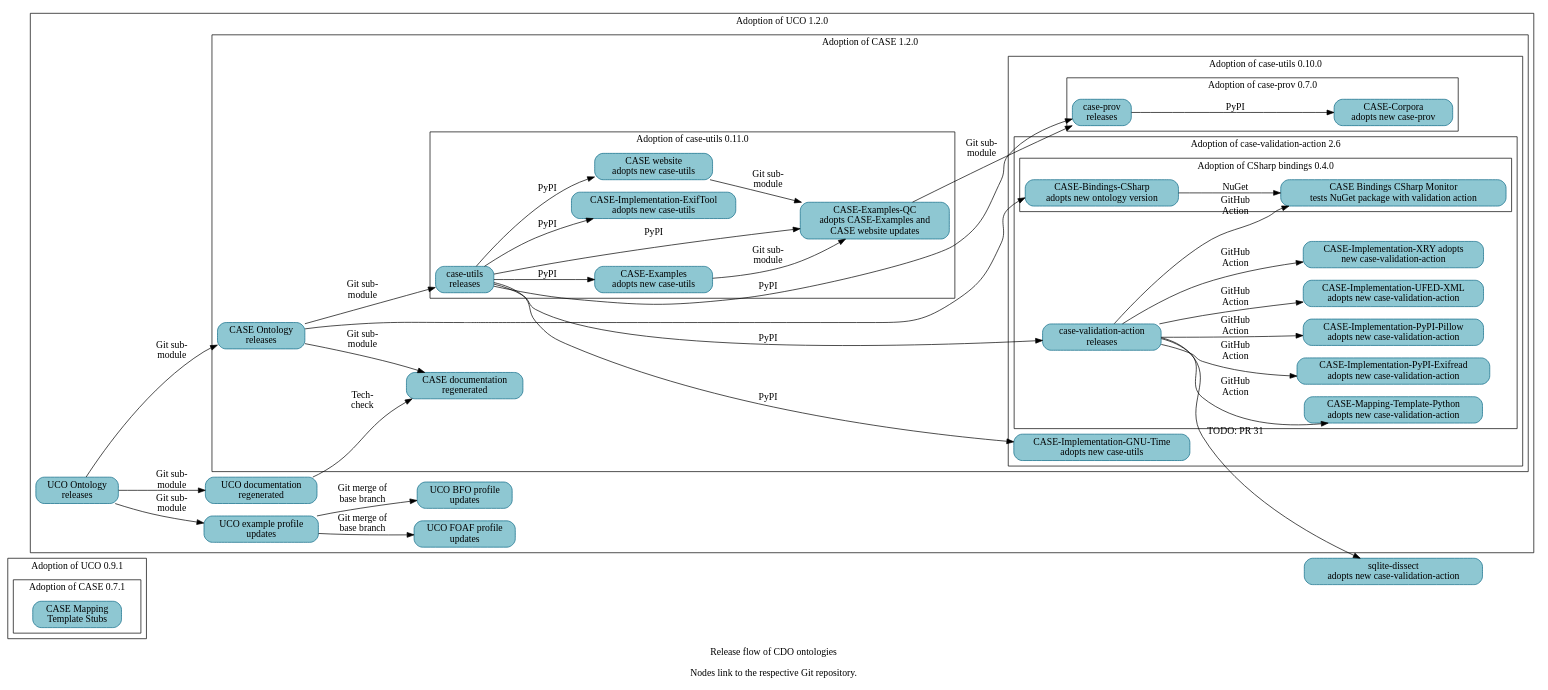
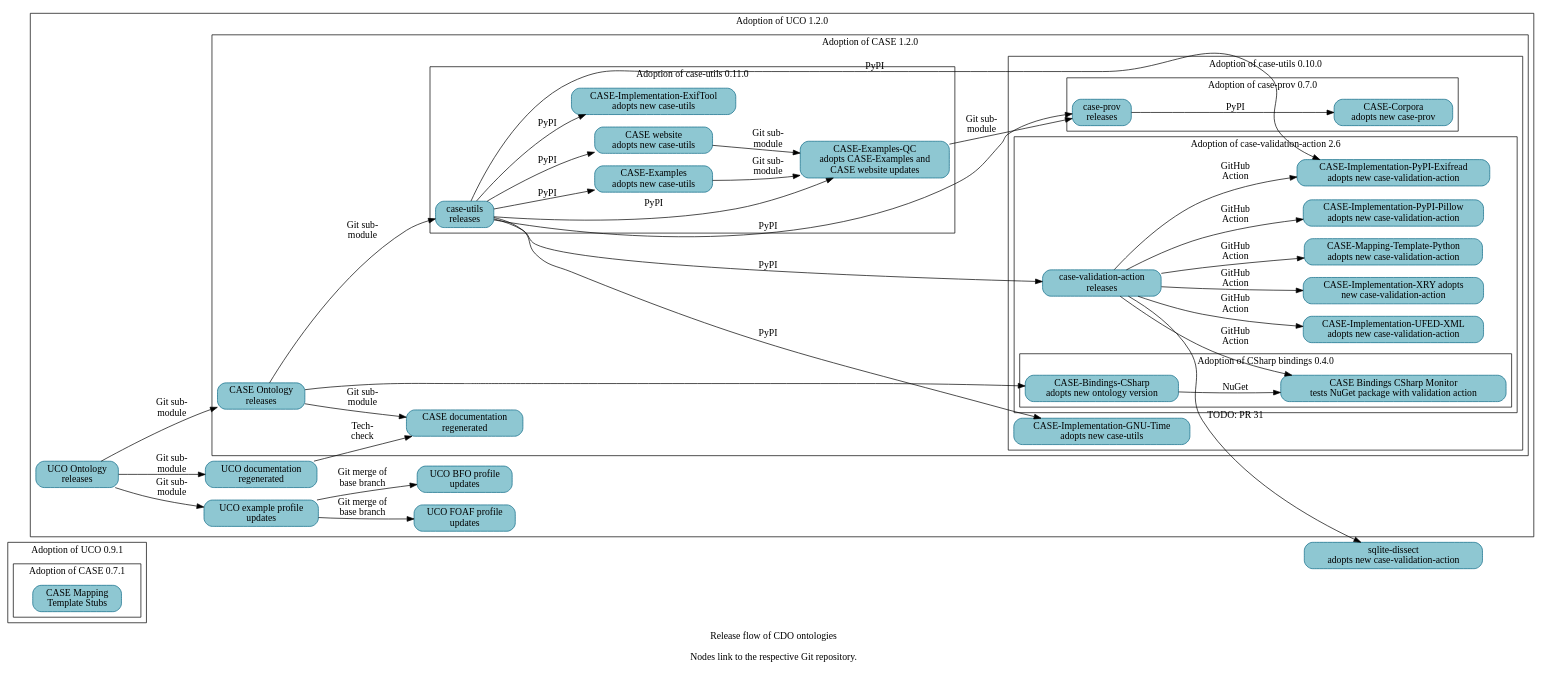
The diagram in resources/project_release_flow.dot (Cyber-Domain-Ontology/cdo.github.io), drawn with Graphviz before and after one commit.

Commit message:
Note dual dependency of CASE-Implementation-PyPI-Exifread
A follow-on patch will regenerate Make-managed files.

```diff
--- a/resources/project_release_flow.dot
+++ b/resources/project_release_flow.dot
@@ -1,107 +1,108 @@
 digraph "cdo_release_flow" {
   label = "Release flow of CDO ontologies\n\nNodes link to the respective Git repository." ;
   rankdir = "LR" ;
   node [shape="rectangle" style="filled,rounded" fillcolor="#8EC7D2" color="#0D6986"] ;
 
 
   // Define nodes in their corresponding progress subgraph.
 
   subgraph cluster_uco_0_9_1 {
     label = "Adoption of UCO 0.9.1" ;
 
     subgraph cluster_case_0_7_1 {
       label = "Adoption of CASE 0.7.1" ;
       _GH__CASEWORK__CASE_MAPPING_TEMPLATE_STUBS [URL="https://github.com/casework/CASE-Mapping-Template-Stubs" label="CASE Mapping\nTemplate Stubs"] ;
     }
   }
 
   subgraph cluster_uco_1_2_0 {
     label = "Adoption of UCO 1.2.0" ;
 
     _GH__UCOPROJECT__ONTOLOGY_UNIFIEDCYBERONTOLOGY_ORG [URL="https://github.com/ucoProject/ontology.unifiedcyberontology.org" label="UCO documentation\nregenerated"] ;
     _GH__UCOPROJECT__UCO [URL="https://github.com/ucoProject/UCO" label="UCO Ontology\nreleases"] ;
     _GH__UCOPROJECT__UCO_PROFILE_BFO [URL="https://github.com/ucoProject/UCO-Profile-BFO" label="UCO BFO profile\nupdates"] ;
     _GH__UCOPROJECT__UCO_PROFILE_EXAMPLE [URL="https://github.com/ucoProject/UCO-Profile-Example" label="UCO example profile\nupdates"] ;
     _GH__UCOPROJECT__UCO_PROFILE_FOAF [URL="https://github.com/ucoProject/UCO-Profile-FOAF" label="UCO FOAF profile\nupdates"] ;
 
     subgraph cluster_case_1_2_0 {
       label = "Adoption of CASE 1.2.0" ;
 
       _GH__CASEWORK__CASE [URL="https://github.com/casework/CASE" label="CASE Ontology\nreleases"] ;
       _GH__CASEWORK__ONTOLOGY_CASEONTOLOGY_ORG [URL="https://github.com/casework/ontology.caseontology.org" label="CASE documentation\nregenerated"] ;
 
       subgraph cluster_case_utils_0_10_0 {
         label = "Adoption of case-utils 0.10.0" ;
 
         _GH__CASEWORK__CASE_IMPLEMENTATON_GNU_TIME [URL="https://github.com/casework/CASE-Implementation-GNU-Time" label="CASE-Implementation-GNU-Time\nadopts new case-utils"] ;
 
         subgraph cluster_case_prov_0_7_0 {
           label = "Adoption of case-prov 0.7.0" ;
 
           _GH__CASEWORK__CASE_CORPORA [URL="https://github.com/casework/CASE-Corpora" label="CASE-Corpora\nadopts new case-prov"] ;
           _GH__CASEWORK__CASE_IMPLEMENTATON_PROV_O [URL="https://github.com/casework/CASE-Implementation-PROV-O" label="case-prov\nreleases"] ;
         }
         subgraph cluster_case_validation_action_2_6 {
           label = "Adoption of case-validation-action 2.6" ;
 
           _GH__CASEWORK__CASE_IMPLEMENTATON_PYPI_EXIFREAD [URL="https://github.com/casework/CASE-Implementation-PyPI-Exifread" label="CASE-Implementation-PyPI-Exifread\nadopts new case-validation-action"] ;
           _GH__CASEWORK__CASE_IMPLEMENTATON_PYPI_PILLOW [URL="https://github.com/casework/CASE-Implementation-PyPI-Pillow" label="CASE-Implementation-PyPI-Pillow\nadopts new case-validation-action"] ;
           _GH__CASEWORK__CASE_IMPLEMENTATON_UFED_XML [URL="https://github.com/casework/CASE-Implementation-UFED-XML" label="CASE-Implementation-UFED-XML\nadopts new case-validation-action"] ;
           _GH__CASEWORK__CASE_IMPLEMENTATON_XRY [URL="https://github.com/casework/CASE-Implementation-XRY" label="CASE-Implementation-XRY adopts\nnew case-validation-action"] ;
           _GH__CASEWORK__CASE_MAPPING_TEMPLATE_PYTHON [URL="https://github.com/casework/CASE-Mapping-Template-Python" label="CASE-Mapping-Template-Python\nadopts new case-validation-action"] ;
           _GH__KCHASON__CASE_VALIDATION_ACTION [URL="https://github.com/kchason/case-validation-action" label="case-validation-action\nreleases"] ;
 
           subgraph cluster_case_bindings_csharp_0_4_0 {
             label = "Adoption of CSharp bindings 0.4.0" ;
 
             _GH__CASEWORK__CASE_BINDINGS_CSHARP_MONITOR [URL="https://github.com/casework/CASE-Bindings-CSharp-Monitor" label="CASE Bindings CSharp Monitor\ntests NuGet package with validation action"] ;
             _GH__CIPHERTECHSOLUTIONS__CASE_BINDINGS_CSHARP [URL="https://github.com/ciphertechsolutions/CASE-Bindings-CSharp" label="CASE-Bindings-CSharp\nadopts new ontology version"]
           }
         }
       }
 
       subgraph cluster_case_utils_0_11_0 {
         label = "Adoption of case-utils 0.11.0" ;
 
         _GH__AJNELSON_NIST__CASE_EXAMPLES_QC [URL="https://github.com/ajnelson-nist/CASE-Examples-QC" label="CASE-Examples-QC\nadopts CASE-Examples and\nCASE website updates"] ;
         _GH__CASEWORK__CASE_EXAMPLES [URL="https://github.com/casework/CASE-Examples" label="CASE-Examples\nadopts new case-utils"] ;
         _GH__CASEWORK__CASE_IMPLEMENTATON_EXIFTOOL [URL="https://github.com/casework/CASE-Implementation-ExifTool" label="CASE-Implementation-ExifTool\nadopts new case-utils"] ;
         _GH__CASEWORK__CASE_UTILITIES_PYTHON [URL="https://github.com/casework/CASE-Utilities-Python" label="case-utils\nreleases"] ;
         _GH__CASEWORK__CASEWORK_GITHUB_IO [URL="https://github.com/casework/casework.github.io" label="CASE website\nadopts new case-utils"] ;
       }
     }
   }
 
   _GH__DOD_CYBER_CRIME_CENTER__SQLITE_DISSECT [URL="https://github.com/dod-cyber-crime-center/sqlite-dissect" label="sqlite-dissect\nadopts new case-validation-action"] ;
 
   // Begin edges
 
   _GH__AJNELSON_NIST__CASE_EXAMPLES_QC -> _GH__CASEWORK__CASE_IMPLEMENTATON_PROV_O [label="Git sub-\nmodule"] ;
   _GH__CASEWORK__CASE -> _GH__CASEWORK__CASE_UTILITIES_PYTHON [label="Git sub-\nmodule"] ;
   _GH__CASEWORK__CASE -> _GH__CIPHERTECHSOLUTIONS__CASE_BINDINGS_CSHARP ;
   _GH__CASEWORK__CASE -> _GH__CASEWORK__ONTOLOGY_CASEONTOLOGY_ORG [label="Git sub-\nmodule"] ; 
   _GH__CASEWORK__CASE_EXAMPLES -> _GH__AJNELSON_NIST__CASE_EXAMPLES_QC [label="Git sub-\nmodule"] ;
   _GH__CASEWORK__CASE_IMPLEMENTATON_PROV_O -> _GH__CASEWORK__CASE_CORPORA [label="PyPI"] ;
   _GH__CASEWORK__CASE_UTILITIES_PYTHON -> _GH__AJNELSON_NIST__CASE_EXAMPLES_QC [label="PyPI"] ;
   _GH__CASEWORK__CASE_UTILITIES_PYTHON -> _GH__CASEWORK__CASE_EXAMPLES [label="PyPI"] ;
   _GH__CASEWORK__CASE_UTILITIES_PYTHON -> _GH__CASEWORK__CASE_IMPLEMENTATON_EXIFTOOL [label="PyPI"] ;
   _GH__CASEWORK__CASE_UTILITIES_PYTHON -> _GH__CASEWORK__CASE_IMPLEMENTATON_GNU_TIME [label="PyPI"] ;
   _GH__CASEWORK__CASE_UTILITIES_PYTHON -> _GH__CASEWORK__CASE_IMPLEMENTATON_PROV_O [label="PyPI"] ;
+  _GH__CASEWORK__CASE_UTILITIES_PYTHON -> _GH__CASEWORK__CASE_IMPLEMENTATON_PYPI_EXIFREAD [label="PyPI"] ;
   _GH__CASEWORK__CASE_UTILITIES_PYTHON -> _GH__KCHASON__CASE_VALIDATION_ACTION [label="PyPI"] ;
   _GH__CASEWORK__CASE_UTILITIES_PYTHON -> _GH__CASEWORK__CASEWORK_GITHUB_IO [label="PyPI"] ;
   _GH__CASEWORK__CASEWORK_GITHUB_IO -> _GH__AJNELSON_NIST__CASE_EXAMPLES_QC [label="Git sub-\nmodule"] ;
   _GH__CIPHERTECHSOLUTIONS__CASE_BINDINGS_CSHARP -> _GH__CASEWORK__CASE_BINDINGS_CSHARP_MONITOR [label="NuGet"] ;
   _GH__KCHASON__CASE_VALIDATION_ACTION -> _GH__CASEWORK__CASE_BINDINGS_CSHARP_MONITOR [label="GitHub\nAction"] ;
   _GH__KCHASON__CASE_VALIDATION_ACTION -> _GH__CASEWORK__CASE_IMPLEMENTATON_PYPI_EXIFREAD [label="GitHub\nAction"] ;
   _GH__KCHASON__CASE_VALIDATION_ACTION -> _GH__CASEWORK__CASE_IMPLEMENTATON_PYPI_PILLOW [label="GitHub\nAction"] ;
   _GH__KCHASON__CASE_VALIDATION_ACTION -> _GH__CASEWORK__CASE_IMPLEMENTATON_UFED_XML [label="GitHub\nAction"] ;
   _GH__KCHASON__CASE_VALIDATION_ACTION -> _GH__CASEWORK__CASE_IMPLEMENTATON_XRY [label="GitHub\nAction"] ;
   _GH__KCHASON__CASE_VALIDATION_ACTION -> _GH__CASEWORK__CASE_MAPPING_TEMPLATE_PYTHON [label="GitHub\nAction"] ;
   _GH__KCHASON__CASE_VALIDATION_ACTION -> _GH__DOD_CYBER_CRIME_CENTER__SQLITE_DISSECT [URL="https://github.com/dod-cyber-crime-center/sqlite-dissect/pull/31" label="TODO: PR 31"] ;
   _GH__UCOPROJECT__ONTOLOGY_UNIFIEDCYBERONTOLOGY_ORG -> _GH__CASEWORK__ONTOLOGY_CASEONTOLOGY_ORG [label="Tech-\ncheck"];
   _GH__UCOPROJECT__UCO -> _GH__CASEWORK__CASE [label="Git sub-\nmodule"] ;
   _GH__UCOPROJECT__UCO -> _GH__UCOPROJECT__ONTOLOGY_UNIFIEDCYBERONTOLOGY_ORG [label="Git sub-\nmodule"] ;
   _GH__UCOPROJECT__UCO -> _GH__UCOPROJECT__UCO_PROFILE_EXAMPLE [label="Git sub-\nmodule"] ;
   _GH__UCOPROJECT__UCO_PROFILE_EXAMPLE -> _GH__UCOPROJECT__UCO_PROFILE_BFO [label="Git merge of\nbase branch"] ;
   _GH__UCOPROJECT__UCO_PROFILE_EXAMPLE -> _GH__UCOPROJECT__UCO_PROFILE_FOAF [label="Git merge of\nbase branch"] ;
 }
```
